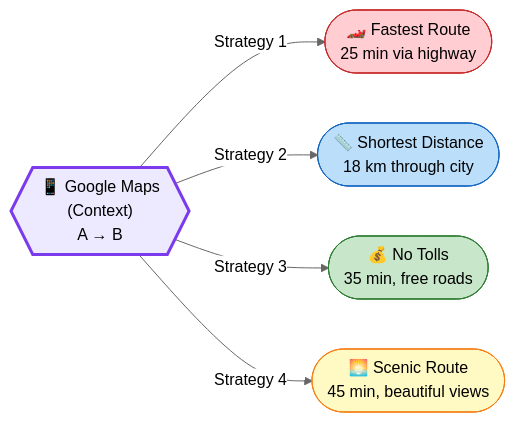
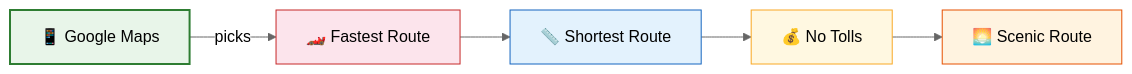
Before and after one commit to saivamsikaruturi/vamsilabs-dev-notes-main: the first of 3 diagrams in docs/designpatterns/behaviouralDesignPatterns/StrategyDp.md, drawn with Mermaid (neutral theme). The commit also changed other lines of this file and 42 other files, not shown here.

````diff
--- a/docs/designpatterns/behaviouralDesignPatterns/StrategyDp.md
+++ b/docs/designpatterns/behaviouralDesignPatterns/StrategyDp.md
@@ -12,14 +12,13 @@
 ```mermaid
 flowchart LR
-    GPS{{"📱 Google Maps<br/>(Context)<br/>A → B"}}
-    GPS -->|Strategy 1| F(["🏎️ Fastest Route<br/>25 min via highway"])
-    GPS -->|Strategy 2| S(["📏 Shortest Distance<br/>18 km through city"])
-    GPS -->|Strategy 3| T(["💰 No Tolls<br/>35 min, free roads"])
-    GPS -->|Strategy 4| SC(["🌅 Scenic Route<br/>45 min, beautiful views"])
-    
-    style GPS fill:#EDE9FE,stroke:#7C3AED,stroke-width:3px,color:#000
-    style F fill:#FFCDD2,stroke:#C62828,color:#000
-    style S fill:#BBDEFB,stroke:#1565C0,color:#000
-    style T fill:#C8E6C9,stroke:#2E7D32,color:#000
-    style SC fill:#FFF9C4,stroke:#F57F17,color:#000
+    GPS["📱 Google Maps"] -->|"picks"| F["🏎️ Fastest Route"]
+    F --> S["📏 Shortest Route"]
+    S --> T["💰 No Tolls"]
+    T --> SC["🌅 Scenic Route"]
+
+    style GPS fill:#E8F5E9,stroke:#2E7D32,stroke-width:2px,color:#000
+    style F fill:#FCE4EC,stroke:#C62828,color:#000
+    style S fill:#E3F2FD,stroke:#1565C0,color:#000
+    style T fill:#FFF8E1,stroke:#F9A825,color:#000
+    style SC fill:#FFF3E0,stroke:#E65100,color:#000
 ```
````
